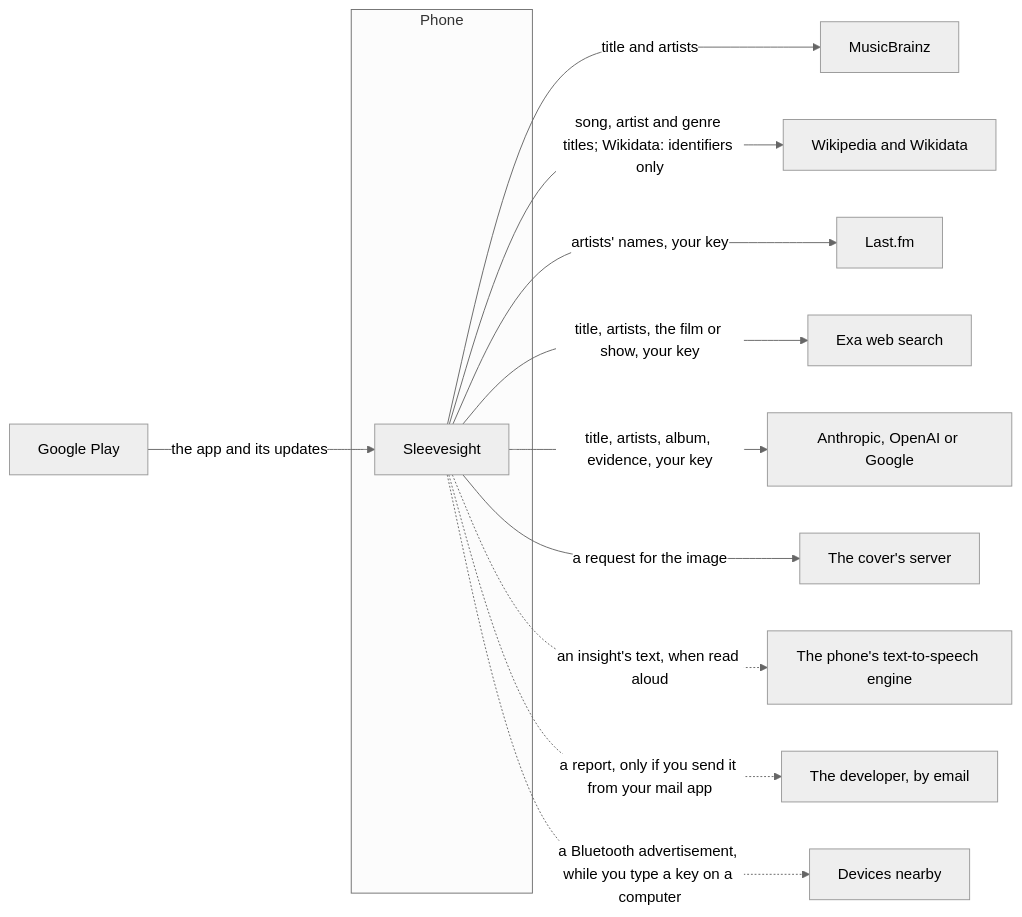
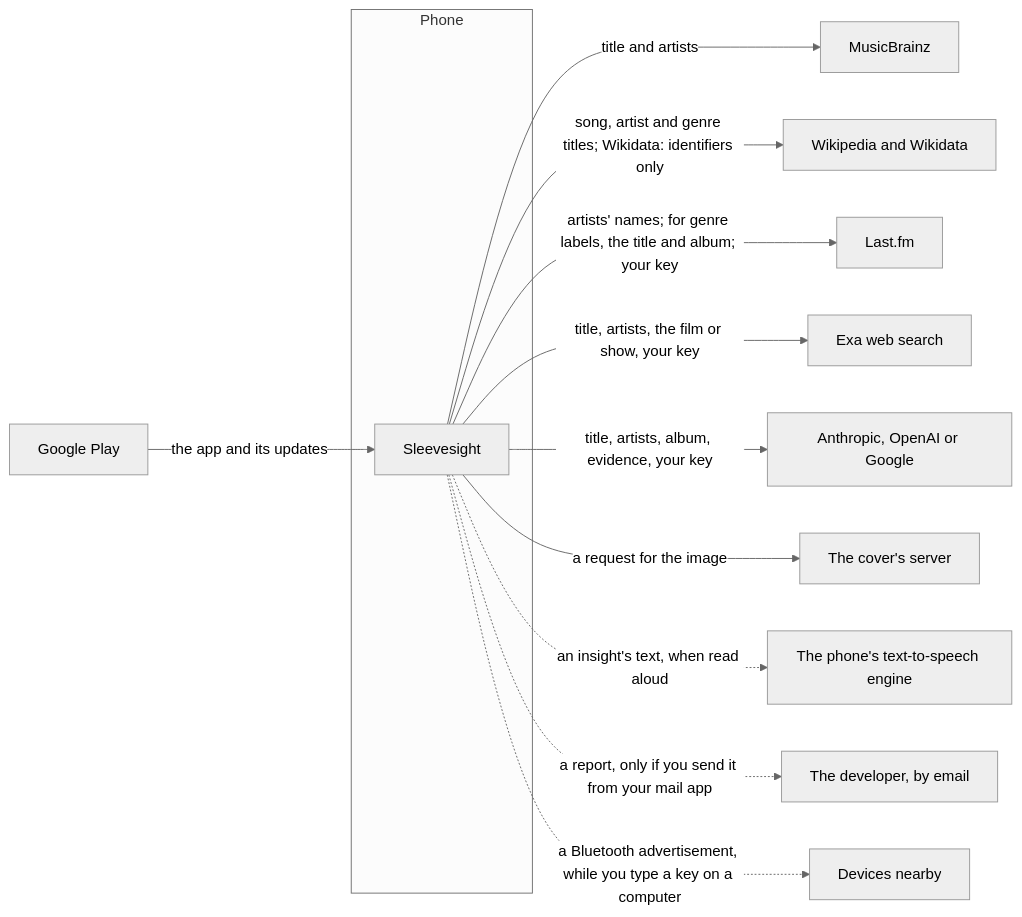
The second of 3 diagrams in docs/architecture/index.md (wkusnierczyk/sleevesight), drawn with Mermaid (neutral theme) before and after one commit. The commit also changed other lines of this file and 8 other files, not shown here.

````diff
--- a/docs/architecture/index.md
+++ b/docs/architecture/index.md
@@ -84,16 +84,16 @@
 ```mermaid
 flowchart LR
   subgraph Phone
     App["Sleevesight"]
   end
   App -- "title and artists" --> MB["MusicBrainz"]
   App -- "song, artist and genre titles; Wikidata: identifiers only" --> WP["Wikipedia and Wikidata"]
-  App -- "artists' names, your key" --> LFM["Last.fm"]
+  App -- "artists' names; for genre labels, the title and album; your key" --> LFM["Last.fm"]
   App -- "title, artists, the film or show, your key" --> Exa["Exa web search"]
   App -- "title, artists, album, evidence, your key" --> AI["Anthropic, OpenAI or Google"]
   App -- "a request for the image" --> Art["The cover's server"]
   App -. "an insight's text, when read aloud" .-> TTS["The phone's text-to-speech engine"]
   App -. "a report, only if you send it from your mail app" .-> Dev["The developer, by email"]
   App -. "a Bluetooth advertisement, while you type a key on a computer" .-> Near["Devices nearby"]
   Play["Google Play"] -- "the app and its updates" --> App
 ```
````
